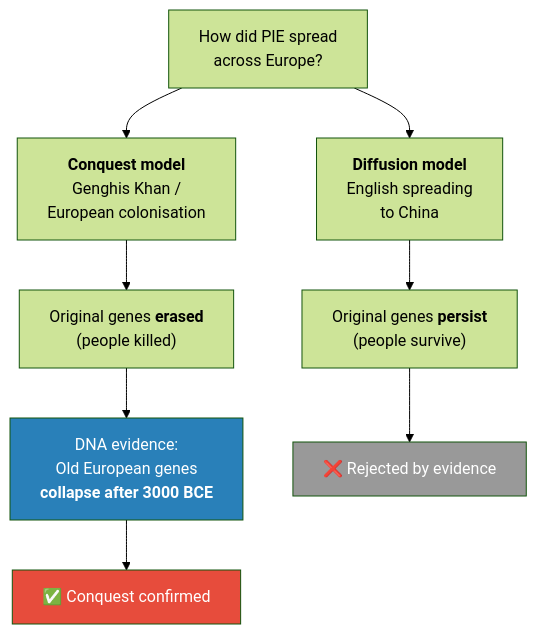
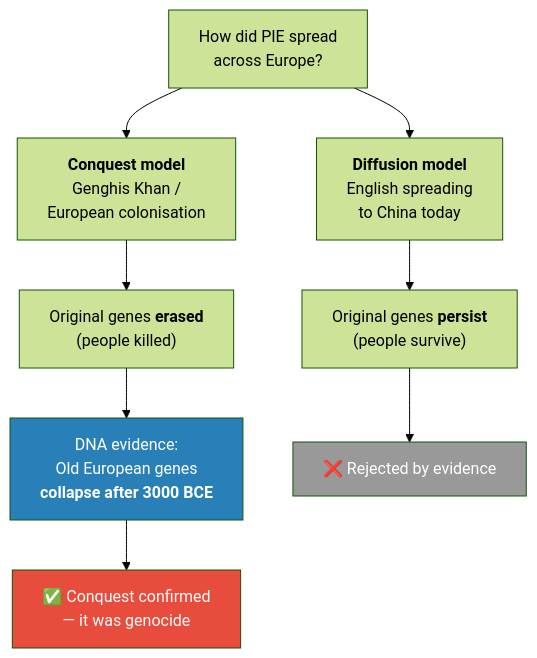
One commit to alius33/reader changed the third of 8 diagrams in summaries/Lectures/Civilization/04 - The Paradise Lost of Marija Gimbutas.md. Above: the diagram before and after it, drawn with Mermaid (forest theme). The commit also changed other lines of this file and 26 other files, not shown here.

````diff
--- a/summaries/Lectures/Civilization/04 - The Paradise Lost of Marija Gimbutas.md
+++ b/summaries/Lectures/Civilization/04 - The Paradise Lost of Marija Gimbutas.md
@@ -188,13 +160,13 @@
 ```mermaid
 flowchart TB
     Q["How did PIE spread<br/>across Europe?"] --> C["<b>Conquest model</b><br/>Genghis Khan /<br/>European colonisation"]
-    Q --> D["<b>Diffusion model</b><br/>English spreading<br/>to China"]
+    Q --> D["<b>Diffusion model</b><br/>English spreading<br/>to China today"]
     C --> TC["Original genes <b>erased</b><br/>(people killed)"]
     D --> TD["Original genes <b>persist</b><br/>(people survive)"]
     TC --> DNA["DNA evidence:<br/>Old European genes<br/><b>collapse after 3000 BCE</b>"]
     TD --> X["❌ Rejected by evidence"]
-    DNA --> V["✅ Conquest confirmed"]
+    DNA --> V["✅ Conquest confirmed<br/>— it was genocide"]
     style V fill:#e74c3c,color:#fff
     style X fill:#999,color:#fff
     style DNA fill:#2980b9,color:#fff
 ```
````
